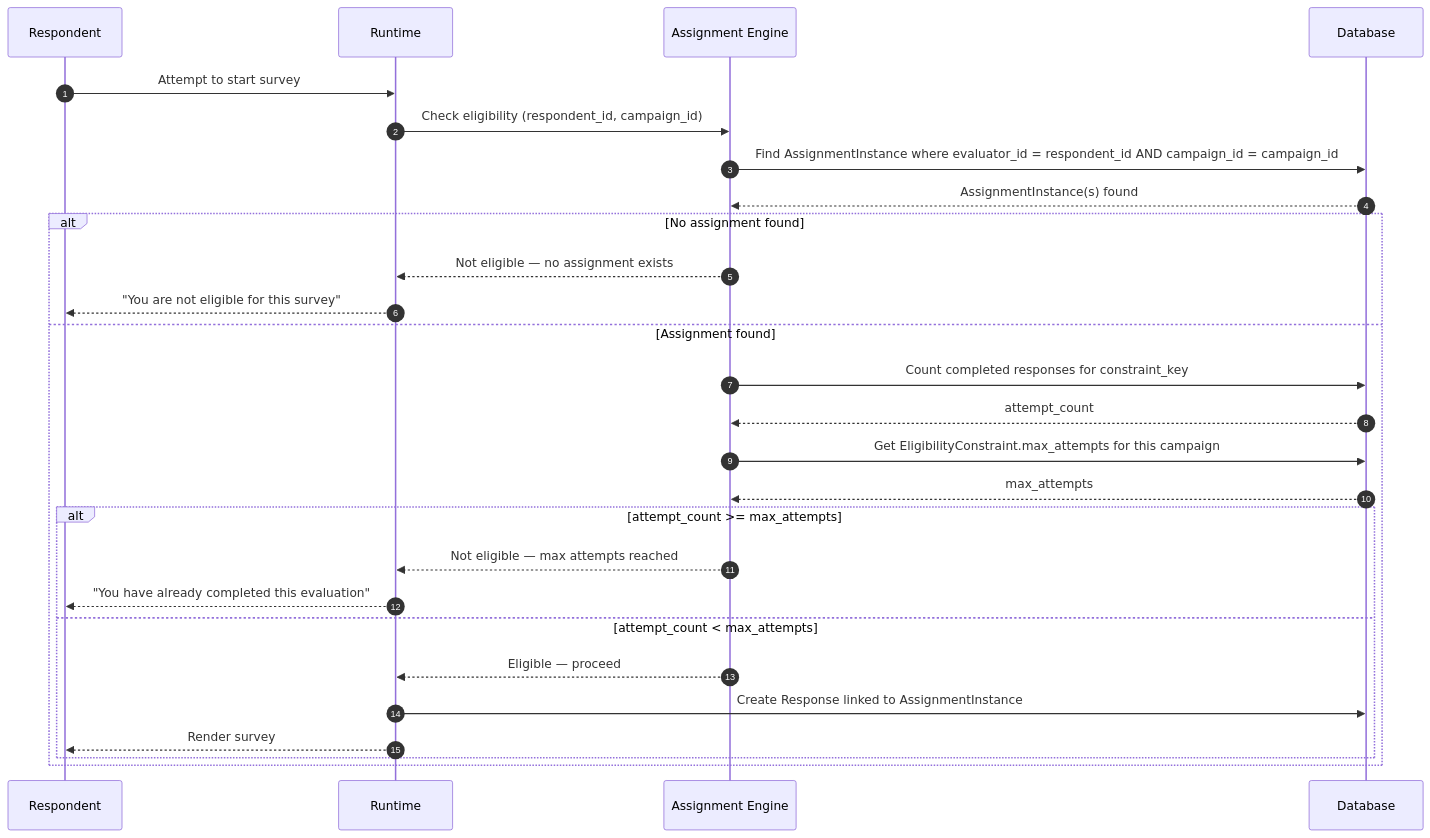
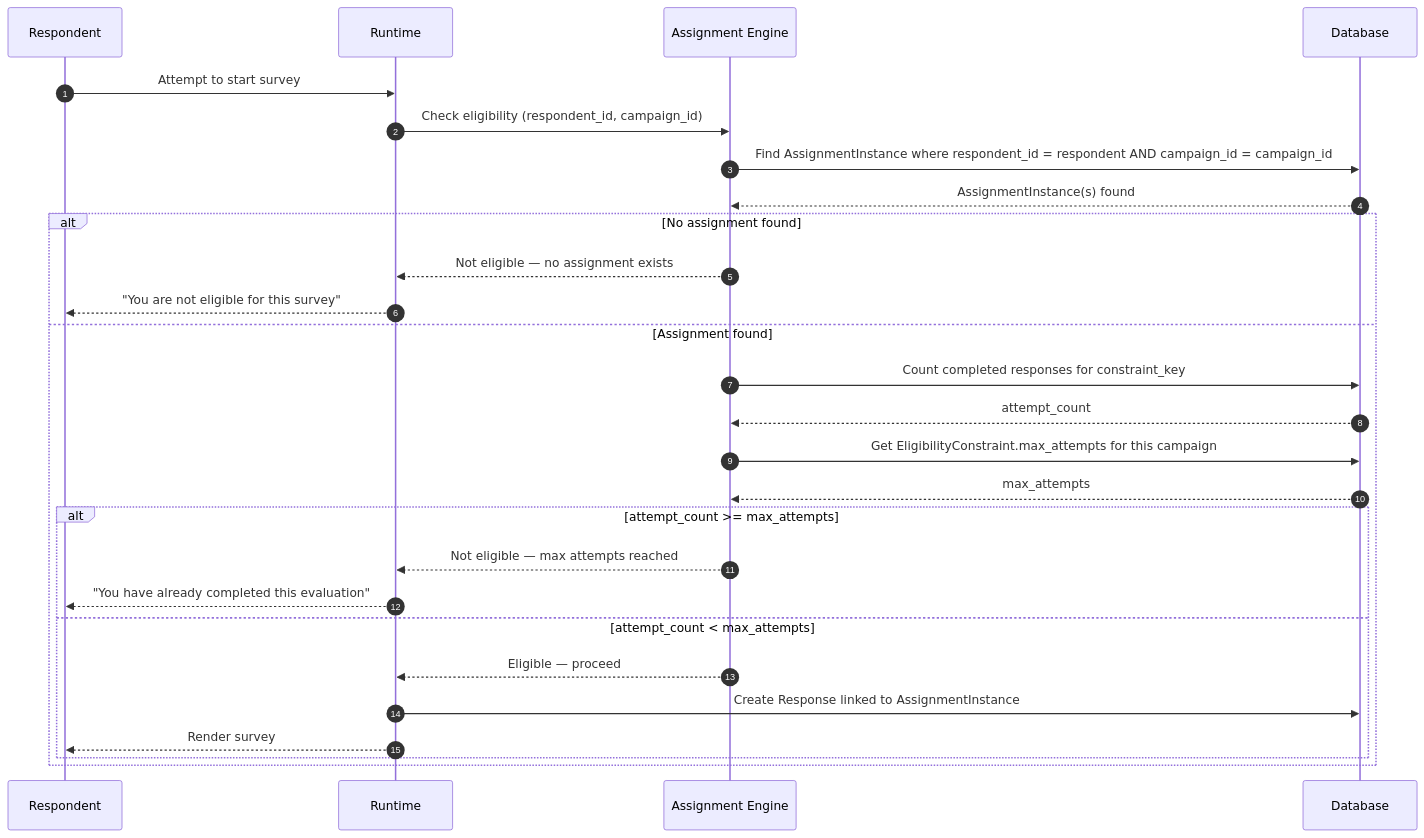
Before and after one commit to MuhibNayem/Survey-Engine: diagram 13 of 25 in docs/lifecycle-flows.md, drawn with Mermaid. The commit also changed other lines of this file and 4 other files, not shown here.

Commit message:
feat: Introduce "Open" and "Assigned" campaign modes, updating related requirements, data models, and lifecycle flows.

````diff
--- a/docs/lifecycle-flows.md
+++ b/docs/lifecycle-flows.md
@@ -597,34 +614,34 @@
 ```mermaid
 sequenceDiagram
   autonumber
   participant R as Respondent
   participant RT as Runtime
   participant AE as Assignment Engine
   participant DB as Database
 
   R->>RT: Attempt to start survey
   RT->>AE: Check eligibility (respondent_id, campaign_id)
 
-  AE->>DB: Find AssignmentInstance where evaluator_id = respondent_id AND campaign_id = campaign_id
+  AE->>DB: Find AssignmentInstance where respondent_id = respondent AND campaign_id = campaign_id
   DB-->>AE: AssignmentInstance(s) found
 
   alt No assignment found
     AE-->>RT: Not eligible — no assignment exists
     RT-->>R: "You are not eligible for this survey"
   else Assignment found
     AE->>DB: Count completed responses for constraint_key
     DB-->>AE: attempt_count
 
     AE->>DB: Get EligibilityConstraint.max_attempts for this campaign
     DB-->>AE: max_attempts
 
     alt attempt_count >= max_attempts
       AE-->>RT: Not eligible — max attempts reached
       RT-->>R: "You have already completed this evaluation"
     else attempt_count < max_attempts
       AE-->>RT: Eligible — proceed
       RT->>DB: Create Response linked to AssignmentInstance
       RT-->>R: Render survey
     end
   end
 ```
````
